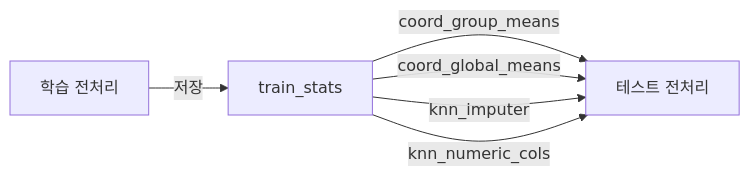
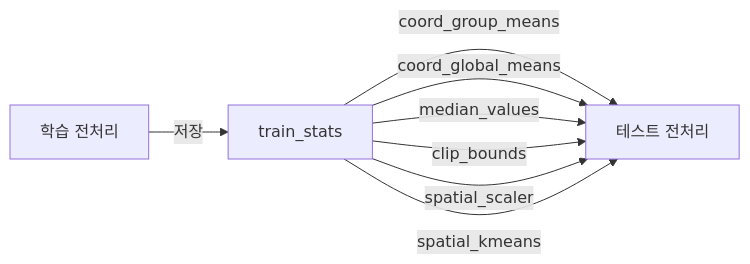
Before and after one commit to FastAI-24/Eda-processing: the third of 5 diagrams in README.md, drawn with Mermaid. The commit also changed other lines of this file and 5 other files, not shown here.

````diff
--- a/README.md
+++ b/README.md
@@ -445,8 +411,10 @@
 ```mermaid
 graph LR
     A[학습 전처리] -->|저장| B[train_stats]
     B -->|coord_group_means| C[테스트 전처리]
     B -->|coord_global_means| C
-    B -->|knn_imputer| C
-    B -->|knn_numeric_cols| C
+    B -->|median_values| C
+    B -->|clip_bounds| C
+    B -->|spatial_scaler| C
+    B -->|spatial_kmeans| C
 ```
````
